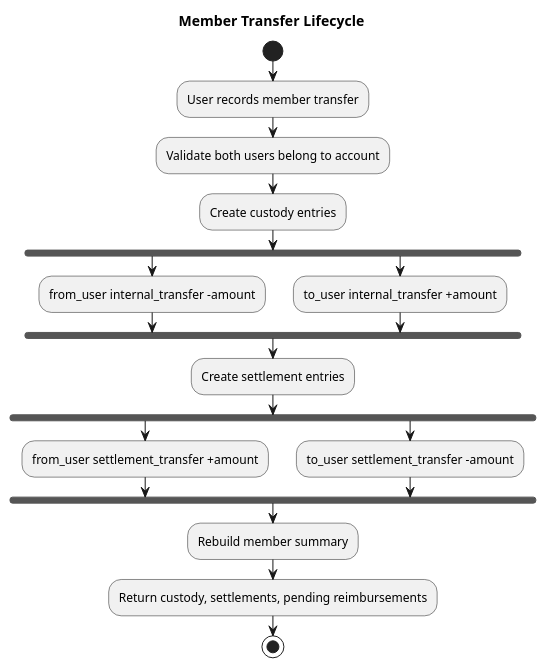
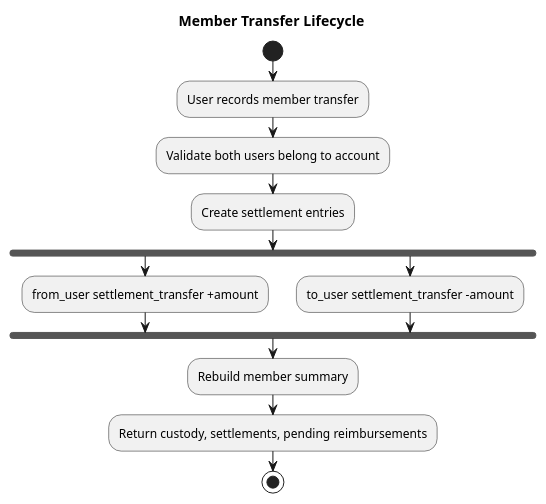
Before and after one commit to javleds/simple_finances: the diagram in docs/diagrams/member-transfer-lifecycle.puml, drawn with PlantUML. The commit also changed 10 other files, not shown here.

```diff
--- a/docs/diagrams/member-transfer-lifecycle.puml
+++ b/docs/diagrams/member-transfer-lifecycle.puml
@@ -1,27 +1,19 @@
 @startuml
 title Member Transfer Lifecycle
 
 start
 :User records member transfer;
 :Validate both users belong to account;
-:Create custody entries;
-
-fork
-  :from_user internal_transfer -amount;
-fork again
-  :to_user internal_transfer +amount;
-end fork
-
 :Create settlement entries;
 
 fork
   :from_user settlement_transfer +amount;
 fork again
   :to_user settlement_transfer -amount;
 end fork
 
 :Rebuild member summary;
 :Return custody, settlements, pending reimbursements;
 stop
 
 @enduml
```
